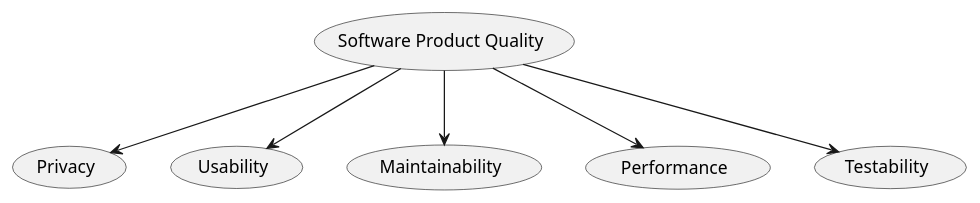
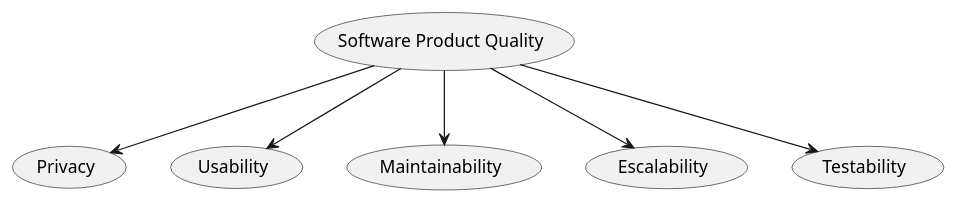
Before and after one commit to Arquisoft/lomap_es3a: the diagram in docs/10_quality_scenarios.adoc, drawn with PlantUML. The commit also changed other lines of this file and 2 other files, not shown here.

Commit message:
07/04/2023 - Omar - Corregido el quality goal

```diff
--- a/docs/10_quality_scenarios.adoc
+++ b/docs/10_quality_scenarios.adoc
@@ -6,14 +6,14 @@
-[plantuml, "Quality tree", png]
+[plantuml, "qualitytree", png]
 ----
 (Software Product Quality) as (SPQ)
-(Privacy) as (PR)
+(Privacy) as (P)
 (Usability) as (U)
 (Maintainability) as (M)
-(Performance) as (PE)
+(Escalability) as (E)
 (Testability) as (T)
-SPQ --> PR
+SPQ --> P
 SPQ --> U
 SPQ --> M
-SPQ --> PE
+SPQ --> E
 SPQ --> T
 ----
```
